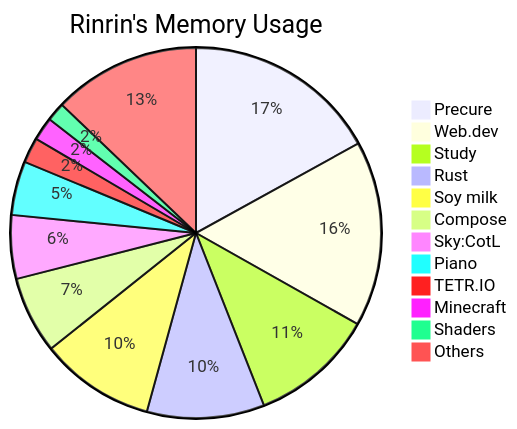
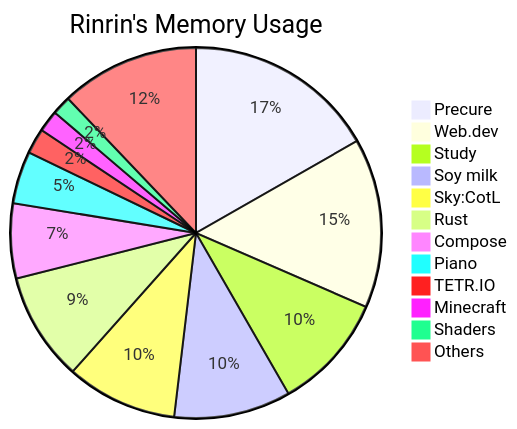
One commit to Rinrin0413/Rinrin0413 changed the diagram in README.md. Above: the diagram before and after it, drawn with Mermaid.

Commit message:
🛠 Update: Rinrin's Memory Usage

````diff
--- a/README.md
+++ b/README.md
@@ -75,15 +75,15 @@
 ```mermaid
 pie title Rinrin's Memory Usage
-    "Precure": 560
-    "Web.dev": 534
-    "Study": 358
-    "Rust": 338
-    "Soy milk": 330
+    "Precure": 568
+    "Web.dev": 502
+    "Study": 345
+    "Soy milk": 346
+    "Sky:CotL": 329
+    "Rust": 321
     "Compose": 222
-    "Sky:CotL": 183
     "Piano": 155
-    "TETR.IO": 73
-    "Minecraft": 67
-    "Shaders": 54
-    "Others": 424
+    "TETR.IO": 75
+    "Minecraft": 64
+    "Shaders": 56
+    "Others": 411
 ```
````
